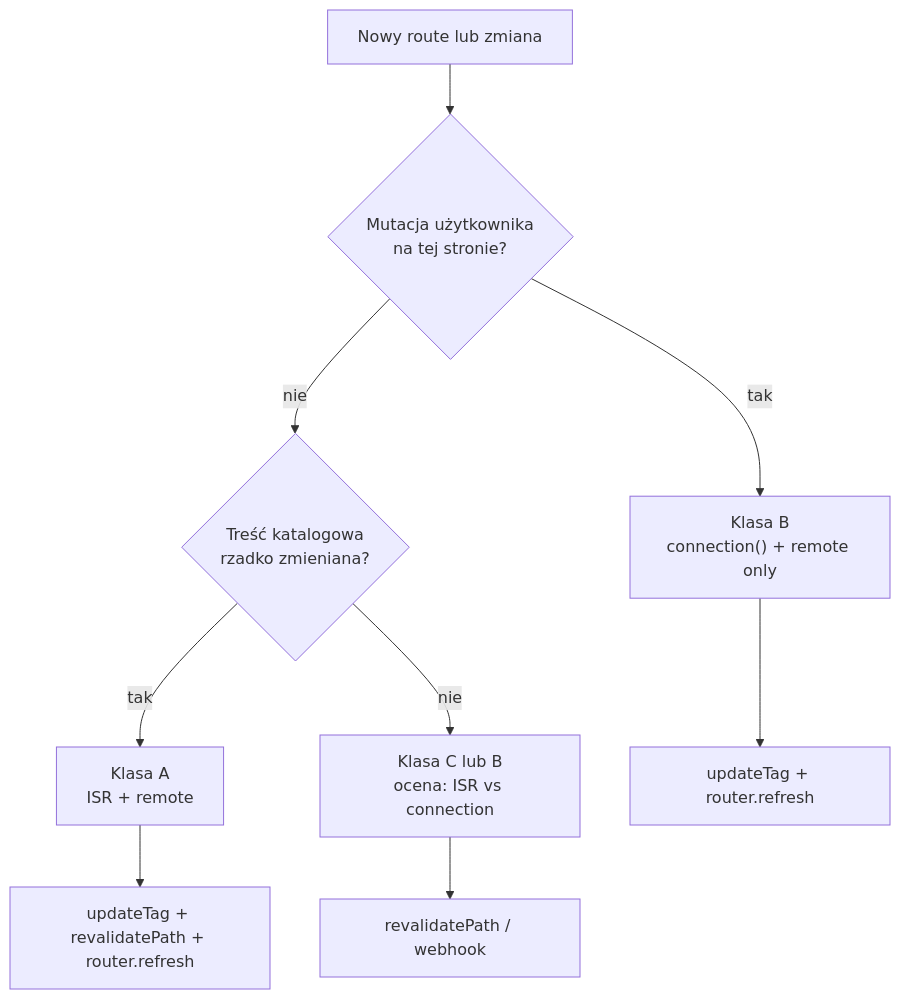
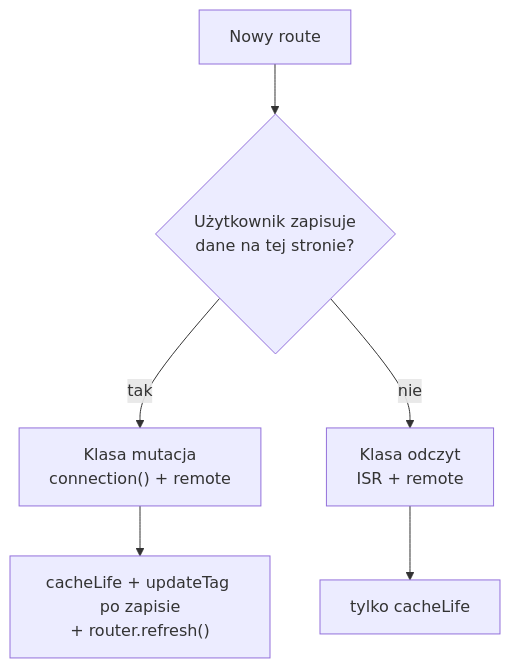
The diagram in apps/tmeNext/docs/STRATEGIA-CACHE.md (Regnar110/cursor-playground), drawn with Mermaid before and after one commit. The commit also changed other lines of this file, not shown here.

First line of the commit message:
docs(tmeNext): strategia cache bez zewnętrznej revalidacji

````diff
--- a/apps/tmeNext/docs/STRATEGIA-CACHE.md
+++ b/apps/tmeNext/docs/STRATEGIA-CACHE.md
@@ -226,12 +217,9 @@
 ```mermaid
 flowchart TD
-    START["Nowy route lub zmiana"] --> Q1{"Mutacja użytkownika\nna tej stronie?"}
-    Q1 -- tak --> B["Klasa B\nconnection() + remote only"]
-    Q1 -- nie --> Q2{"Treść katalogowa\nrzadko zmieniana?"}
-    Q2 -- tak --> A["Klasa A\nISR + remote"]
-    Q2 -- nie --> C["Klasa C lub B\nocena: ISR vs connection"]
+    START["Nowy route"] --> Q1{"Użytkownik zapisuje\ndane na tej stronie?"}
+    Q1 -- tak --> MUT["Klasa mutacja\nconnection() + remote"]
+    Q1 -- nie --> READ["Klasa odczyt\nISR + remote"]
 
-    B --> INV_B["updateTag + router.refresh"]
-    A --> INV_A["updateTag + revalidatePath + router.refresh"]
-    C --> INV_C["revalidatePath / webhook"]
+    MUT --> FRESH_MUT["cacheLife + updateTag po zapisie\n+ router.refresh()"]
+    READ --> FRESH_READ["tylko cacheLife"]
 ```
````
